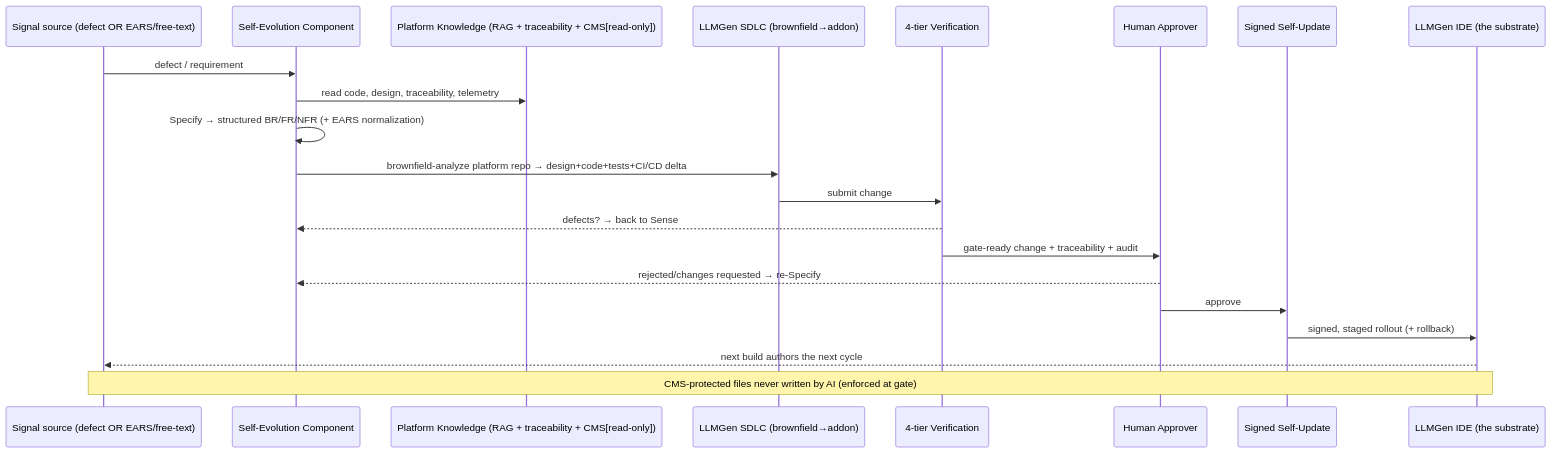
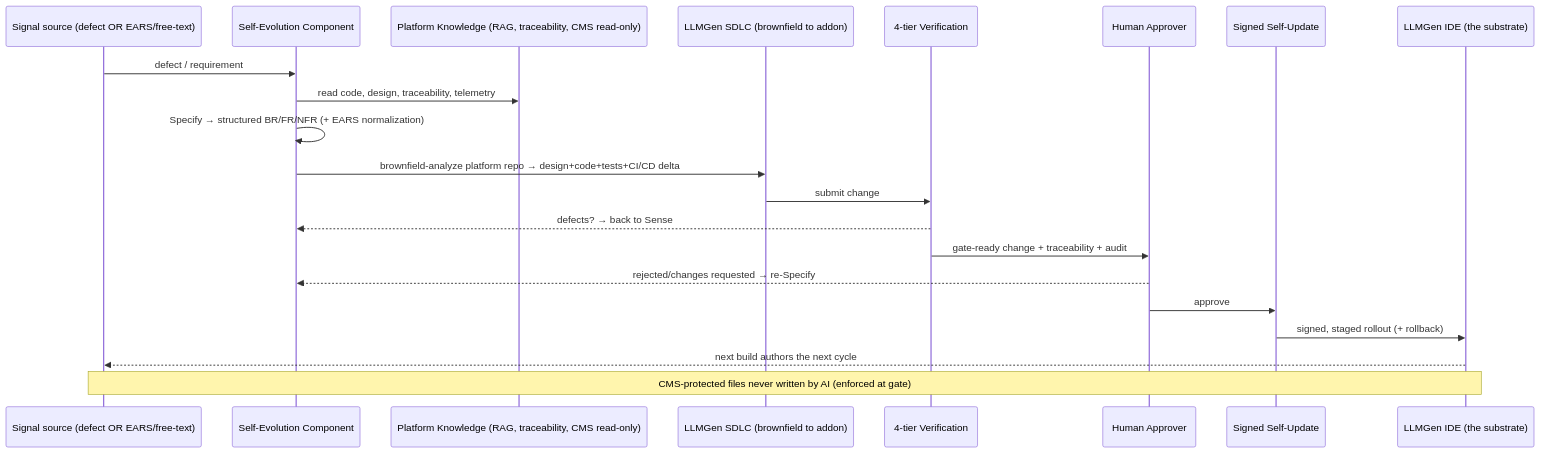
One commit to romanagaev/self-evolving-platform changed the first of 2 diagrams in docs/architecture.md. Above: the diagram before and after it, drawn with Mermaid. The commit also changed other lines of this file and 2 other files, not shown here.

Commit message:
docs: fix Mermaid rendering (valid edge syntax, quoted labels, safe aliases)

````diff
--- a/docs/architecture.md
+++ b/docs/architecture.md
@@ -35,24 +35,24 @@
 ```mermaid
 sequenceDiagram
     participant SRC as Signal source (defect OR EARS/free-text)
     participant SEL as Self-Evolution Component
-    participant RAG as Platform Knowledge (RAG + traceability + CMS[read-only])
-    participant SDLC as LLMGen SDLC (brownfield→addon)
+    participant RAG as Platform Knowledge (RAG, traceability, CMS read-only)
+    participant SDLC as LLMGen SDLC (brownfield to addon)
     participant VER as 4-tier Verification
     participant HUM as Human Approver
     participant REL as Signed Self-Update
     participant IDE as LLMGen IDE (the substrate)
 
     SRC->>SEL: defect / requirement
     SEL->>RAG: read code, design, traceability, telemetry
     SEL->>SEL: Specify → structured BR/FR/NFR (+ EARS normalization)
     SEL->>SDLC: brownfield-analyze platform repo → design+code+tests+CI/CD delta
     SDLC->>VER: submit change
     VER-->>SEL: defects? → back to Sense
     VER->>HUM: gate-ready change + traceability + audit
     HUM-->>SEL: rejected/changes requested → re-Specify
     HUM->>REL: approve
     REL->>IDE: signed, staged rollout (+ rollback)
     IDE-->>SRC: next build authors the next cycle
     Note over IDE,SRC: CMS-protected files never written by AI (enforced at gate)
 ```
````
